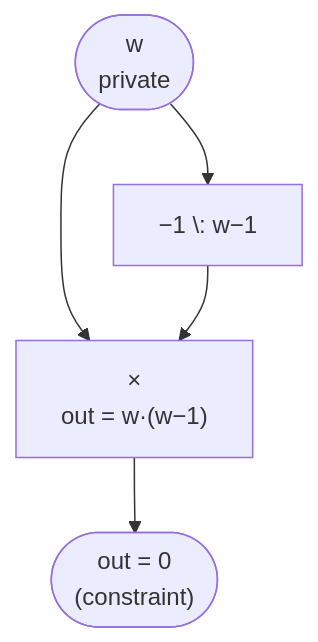
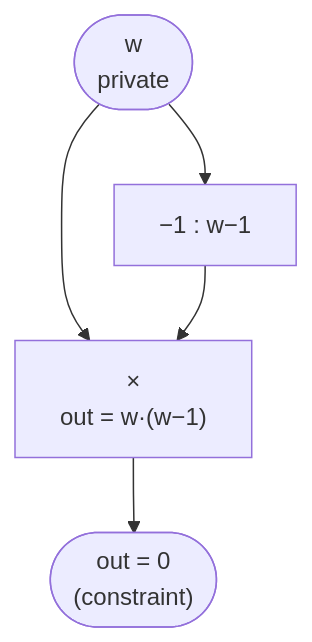
Before and after one commit to nhatminh65537/kitsu-quartz: the fifth of 6 diagrams in content/zkverify-series/arithmetic-circuits/03-arithmetic-circuits.md, drawn with Mermaid. The commit also changed other lines of this file and 127 other files, not shown here.

````diff
--- a/content/zkverify-series/arithmetic-circuits/03-arithmetic-circuits.md
+++ b/content/zkverify-series/arithmetic-circuits/03-arithmetic-circuits.md
@@ -211,7 +203,7 @@
 ```mermaid
 graph TD
-    w(["w<br>private"]) --> sub["−1 \: w−1"]
+    w(["w<br>private"]) --> sub["−1 : w−1"]
     w --> mul["×<br>out = w·(w−1)"]
     sub --> mul
     mul --> out(["out = 0<br>(constraint)"])
 ```
````
